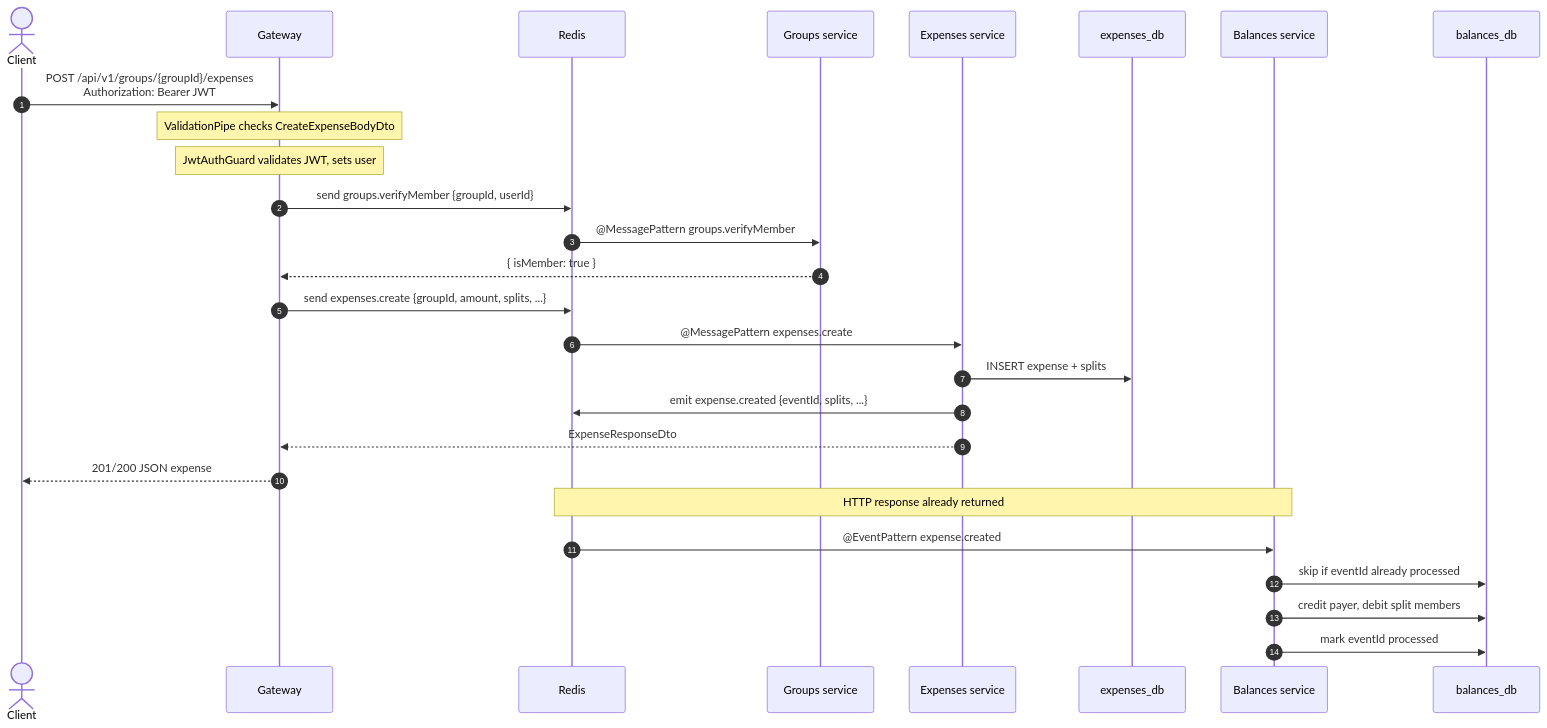
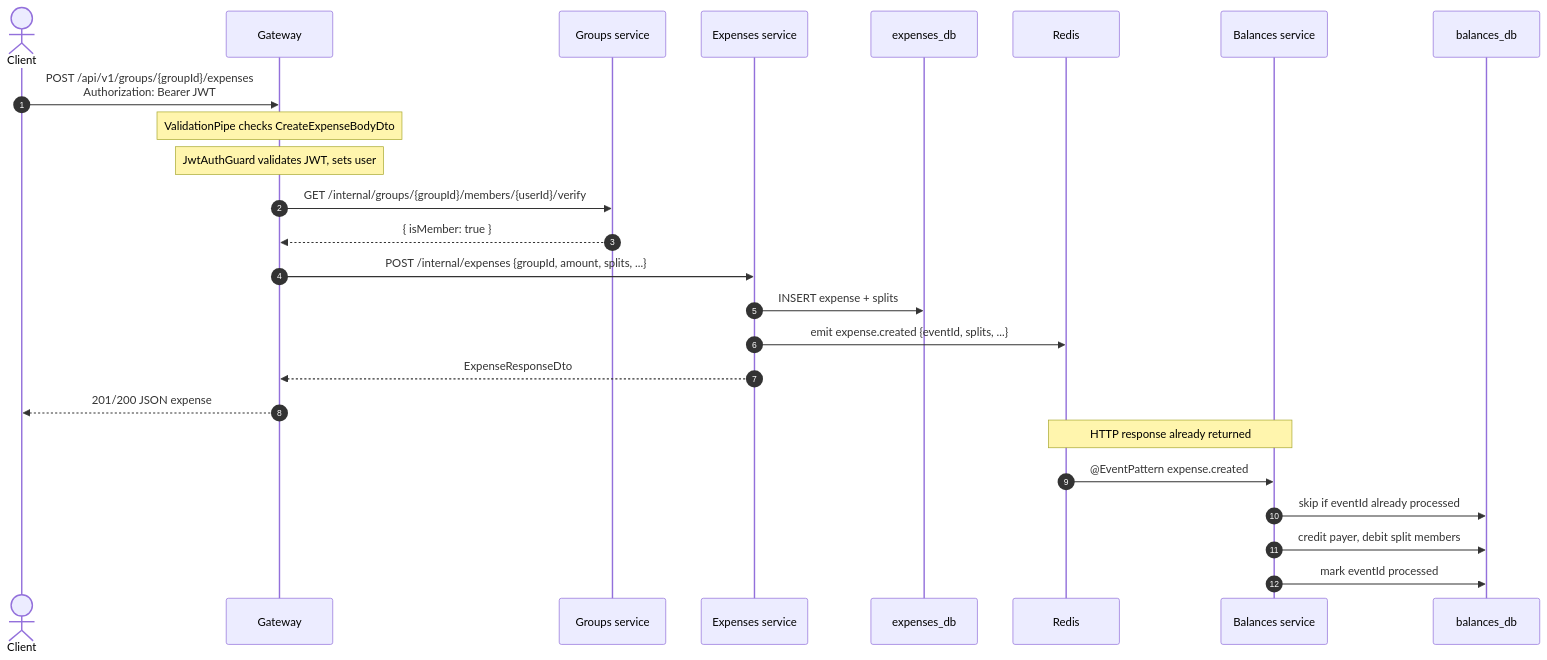
The third of 5 diagrams in docs/REQUEST_FLOW.md (shanecjones1999/expense-splitter), drawn with Mermaid before and after one commit. The commit also changed other lines of this file and 46 other files, not shown here.

````diff
--- a/docs/REQUEST_FLOW.md
+++ b/docs/REQUEST_FLOW.md
@@ -73,33 +69,31 @@
 ```mermaid
 sequenceDiagram
   autonumber
   actor Client
   participant GW as Gateway
-  participant Redis
   participant Groups as Groups service
   participant Expenses as Expenses service
   participant ExpDB as expenses_db
+  participant Redis
   participant Balances as Balances service
   participant BalDB as balances_db
 
   Client->>GW: POST /api/v1/groups/{groupId}/expenses<br/>Authorization: Bearer JWT
   Note over GW: ValidationPipe checks CreateExpenseBodyDto
   Note over GW: JwtAuthGuard validates JWT, sets user
 
-  GW->>Redis: send groups.verifyMember {groupId, userId}
-  Redis->>Groups: @MessagePattern groups.verifyMember
+  GW->>Groups: GET /internal/groups/{groupId}/members/{userId}/verify
   Groups-->>GW: { isMember: true }
 
-  GW->>Redis: send expenses.create {groupId, amount, splits, ...}
-  Redis->>Expenses: @MessagePattern expenses.create
+  GW->>Expenses: POST /internal/expenses {groupId, amount, splits, ...}
   Expenses->>ExpDB: INSERT expense + splits
   Expenses->>Redis: emit expense.created {eventId, splits, ...}
   Expenses-->>GW: ExpenseResponseDto
   GW-->>Client: 201/200 JSON expense
 
   Note over Redis,Balances: HTTP response already returned
   Redis->>Balances: @EventPattern expense.created
   Balances->>BalDB: skip if eventId already processed
   Balances->>BalDB: credit payer, debit split members
   Balances->>BalDB: mark eventId processed
 ```
````
